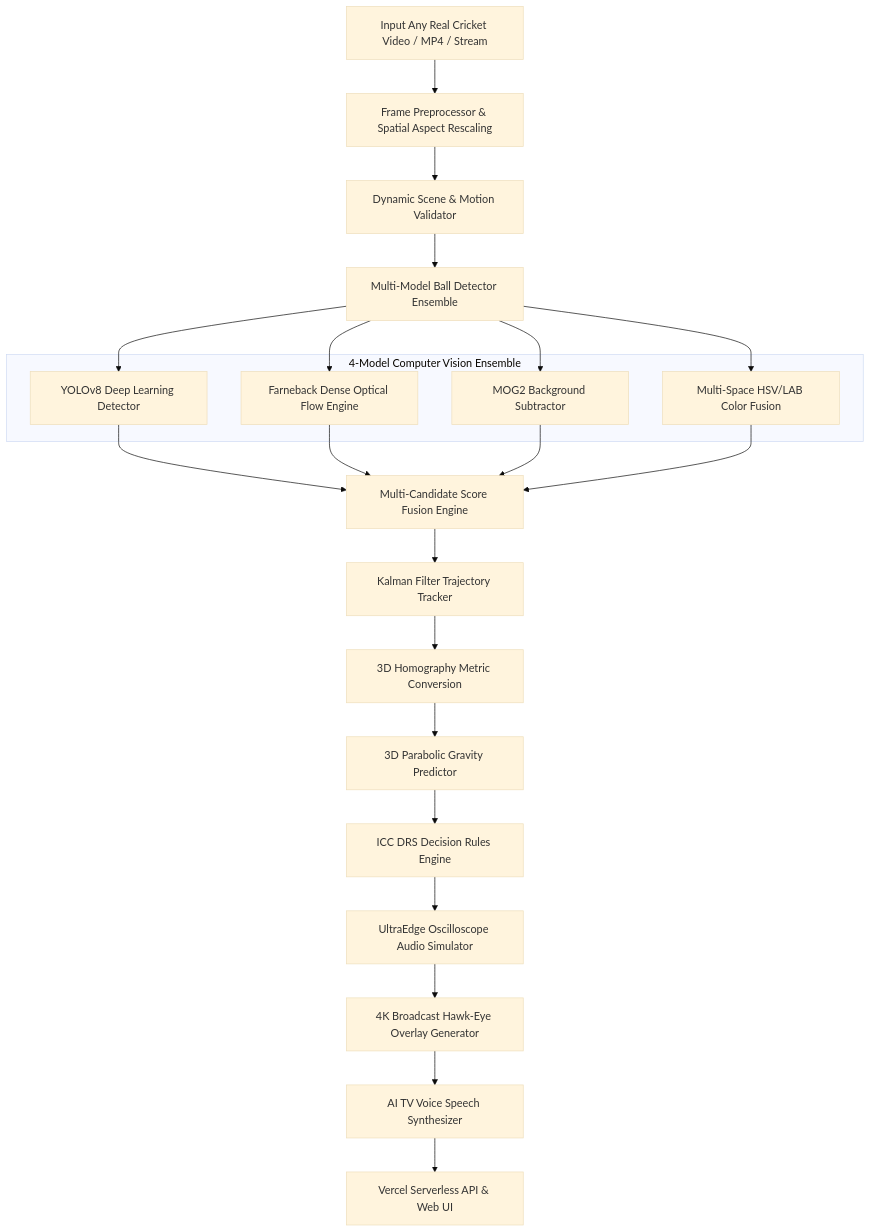
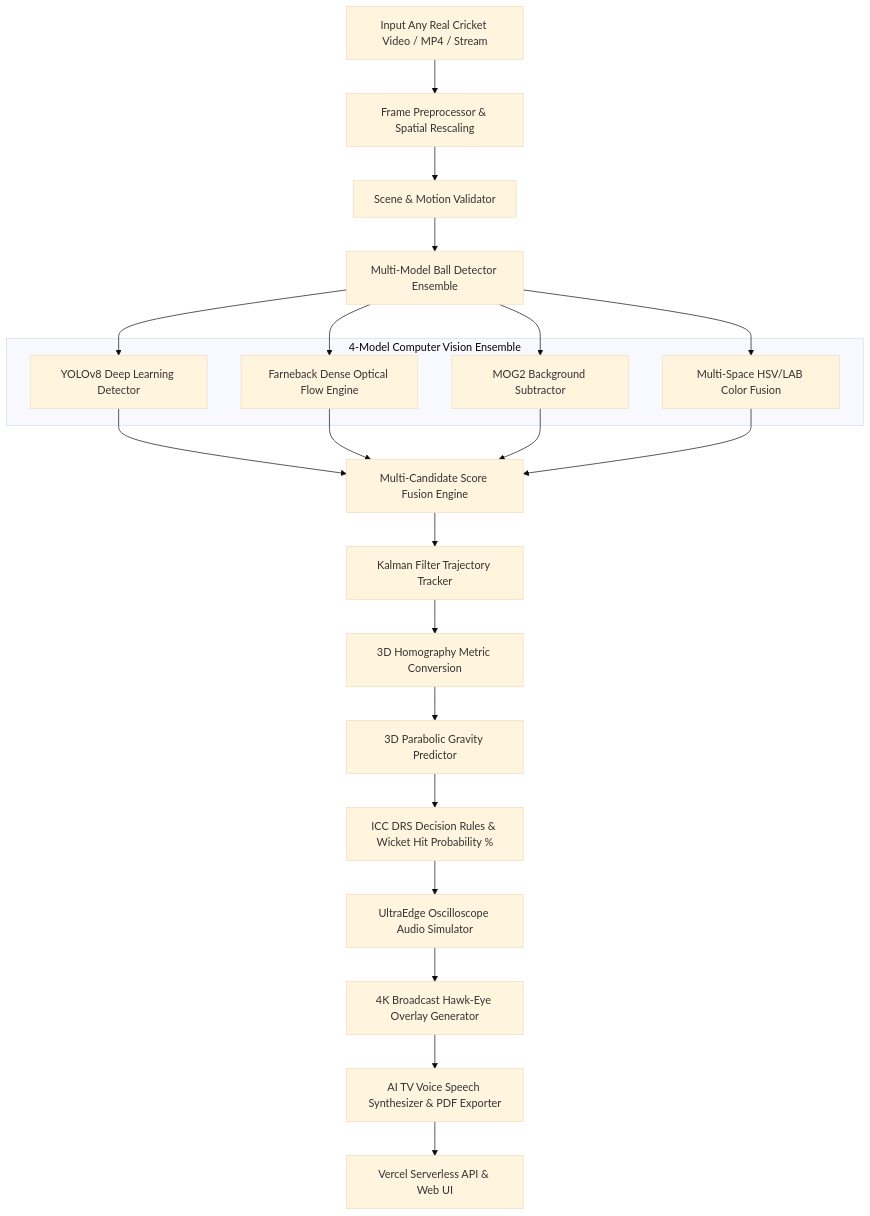
The first of 7 diagrams in README.md (udbhav968-creator/opencv), drawn with Mermaid (base theme) before and after one commit. The commit also changed other lines of this file and 1 other file, not shown here.

Commit message:
feat: Add Hit Probability Gauge %, Pitch Map Length Zones, and 7 Mermaid Flowcharts to README.md

````diff
--- a/README.md
+++ b/README.md
@@ -20,24 +20,24 @@
 ```mermaid
 flowchart TD
-    A[Input Any Real Cricket Video / MP4 / Stream] --> B[Frame Preprocessor & Spatial Aspect Rescaling]
-    B --> C[Dynamic Scene & Motion Validator]
+    A[Input Any Real Cricket Video / MP4 / Stream] --> B[Frame Preprocessor & Spatial Rescaling]
+    B --> C[Scene & Motion Validator]
     C --> D[Multi-Model Ball Detector Ensemble]
     
     subgraph Ensemble ["4-Model Computer Vision Ensemble"]
         E1[YOLOv8 Deep Learning Detector]
         E2[Farneback Dense Optical Flow Engine]
         E3[MOG2 Background Subtractor]
         E4[Multi-Space HSV/LAB Color Fusion]
     end
 
     D --> E1 & E2 & E3 & E4
     E1 & E2 & E3 & E4 --> F[Multi-Candidate Score Fusion Engine]
     F --> G[Kalman Filter Trajectory Tracker]
     G --> H[3D Homography Metric Conversion]
     H --> I[3D Parabolic Gravity Predictor]
-    I --> J[ICC DRS Decision Rules Engine]
+    I --> J[ICC DRS Decision Rules & Wicket Hit Probability %]
     J --> K[UltraEdge Oscilloscope Audio Simulator]
     K --> L[4K Broadcast Hawk-Eye Overlay Generator]
-    L --> M[AI TV Voice Speech Synthesizer]
+    L --> M[AI TV Voice Speech Synthesizer & PDF Exporter]
     M --> N[Vercel Serverless API & Web UI]
 ```
````
